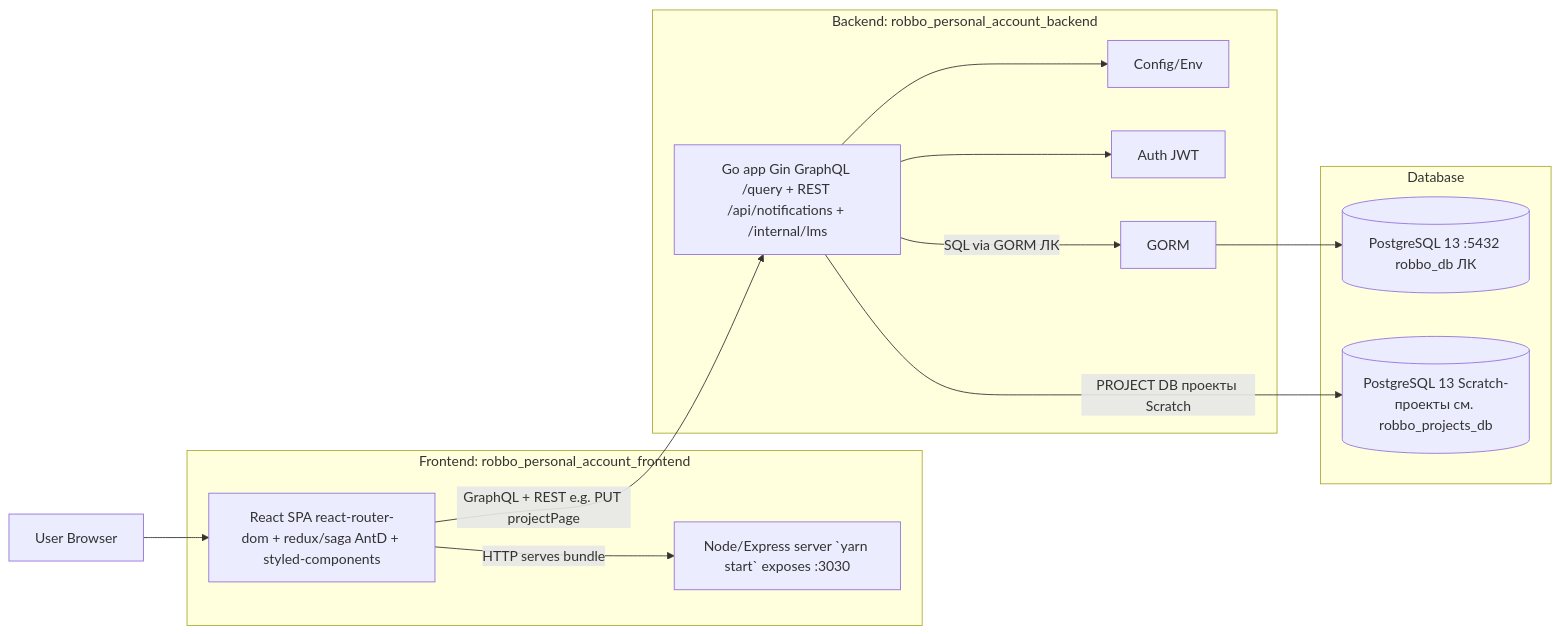
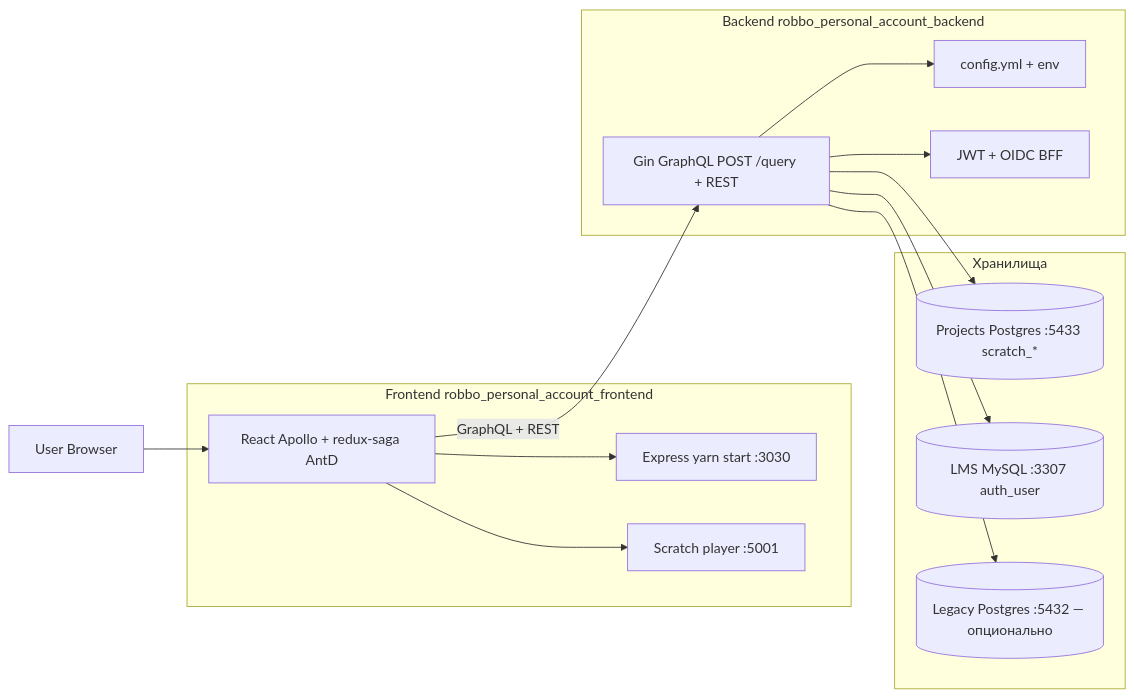
The first of 3 diagrams in architecture/ARCHITECTURE.md (gamr416/robbo_personal_account), drawn with Mermaid before and after one commit. The commit also changed other lines of this file and 4 other files, not shown here.

````diff
--- a/architecture/ARCHITECTURE.md
+++ b/architecture/ARCHITECTURE.md
@@ -1,30 +1,32 @@
 ```mermaid
 flowchart LR
   U[User Browser]
 
-  subgraph FE[Frontend: robbo_personal_account_frontend]
-    FEUI[React SPA react-router-dom + redux/saga AntD + styled-components]
-    FESRV[Node/Express server `yarn start` exposes :3030]
+  subgraph FE[Frontend robbo_personal_account_frontend]
+    FEUI[React Apollo + redux-saga AntD]
+    FESRV[Express yarn start :3030]
+    SCRgui[Scratch player :5001]
   end
 
-  subgraph BE[Backend: robbo_personal_account_backend]
-    API[Go app Gin GraphQL /query + REST /api/notifications + /internal/lms]
-    CFG[Config/Env]
-    AUTH[Auth JWT]
-    ORM[GORM]
+  subgraph BE[Backend robbo_personal_account_backend]
+    API[Gin GraphQL POST /query + REST]
+    CFG[config.yml + env]
+    AUTH[JWT + OIDC BFF]
   end
 
-  subgraph DB[Database]
-    PG[(PostgreSQL 13 :5432 robbo_db ЛК)]
-    PGProj[(PostgreSQL 13 Scratch-проекты см. robbo_projects_db)]
+  subgraph DB[Хранилища]
+    PGProj[(Projects Postgres :5433 scratch_*)]
+    LMS[(LMS MySQL :3307 auth_user)]
+    PGLegacy[(Legacy Postgres :5432 — опционально)]
   end
 
   U --> FEUI
-  FEUI -->|HTTP serves bundle| FESRV
-
-  FEUI -->|GraphQL + REST e.g. PUT projectPage| API
-  API -->|SQL via GORM ЛК| ORM --> PG
-  API -->|PROJECT DB проекты Scratch| PGProj
+  FEUI --> FESRV
+  FEUI --> SCRgui
+  FEUI -->|GraphQL + REST| API
+  API --> PGProj
+  API --> LMS
+  API --> PGLegacy
   API --> CFG
   API --> AUTH
 ```
````
